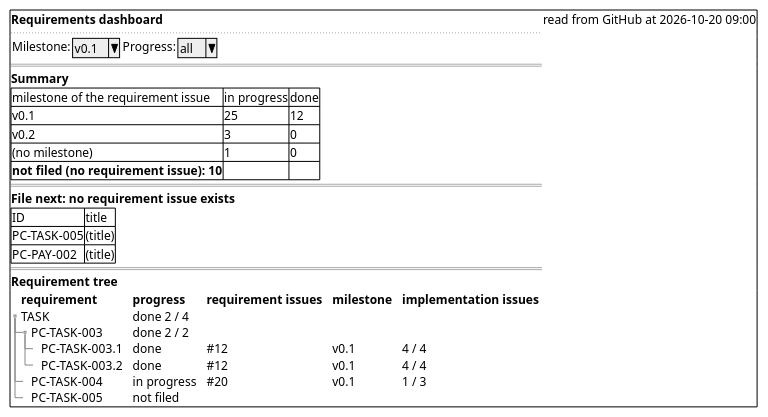
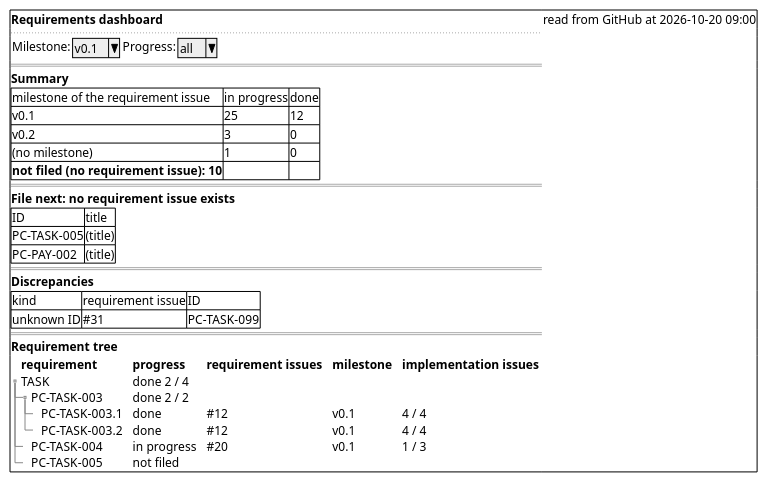
Before and after one commit to cloveclovedev/cumin-trace: the diagram in docs/ja/requirements/dashboard/dashboard-wireframe.puml, drawn with PlantUML. The commit also changed 16 other files, not shown here.

```diff
--- a/docs/ja/requirements/dashboard/dashboard-wireframe.puml
+++ b/docs/ja/requirements/dashboard/dashboard-wireframe.puml
@@ -1,35 +1,41 @@
 @startuml dashboard-wireframe
 salt
 {+
   <b>Requirements dashboard | read from GitHub at 2026-10-20 09:00
   ..
   { Milestone: | ^v0.1^ | Progress: | ^all^ }
   ==
   <b>Summary
   {#
     milestone of the requirement issue | in progress | done
     v0.1 | 25 | 12
     v0.2 | 3 | 0
     (no milestone) | 1 | 0
     <b>not filed (no requirement issue): 10 | . | .
   }
   ==
   <b>File next: no requirement issue exists
   {#
     ID | title
     PC-TASK-005 | (title)
     PC-PAY-002 | (title)
   }
   ==
+  <b>Discrepancies
+  {#
+    kind | requirement issue | ID
+    unknown ID | ~#31 | PC-TASK-099
+  }
+  ==
   <b>Requirement tree
   {T
     + <b>requirement | <b>progress | <b>requirement issues | <b>milestone | <b>implementation issues
     + TASK | done 2 / 4 | . | . | .
     ++ PC-TASK-003 | done 2 / 2 | . | . | .
     +++ PC-TASK-003.1 | done | ~#12 | v0.1 | 4 / 4
     +++ PC-TASK-003.2 | done | ~#12 | v0.1 | 4 / 4
     ++ PC-TASK-004 | in progress | ~#20 | v0.1 | 1 / 3
     ++ PC-TASK-005 | not filed | . | . | .
   }
 }
 @enduml
```
